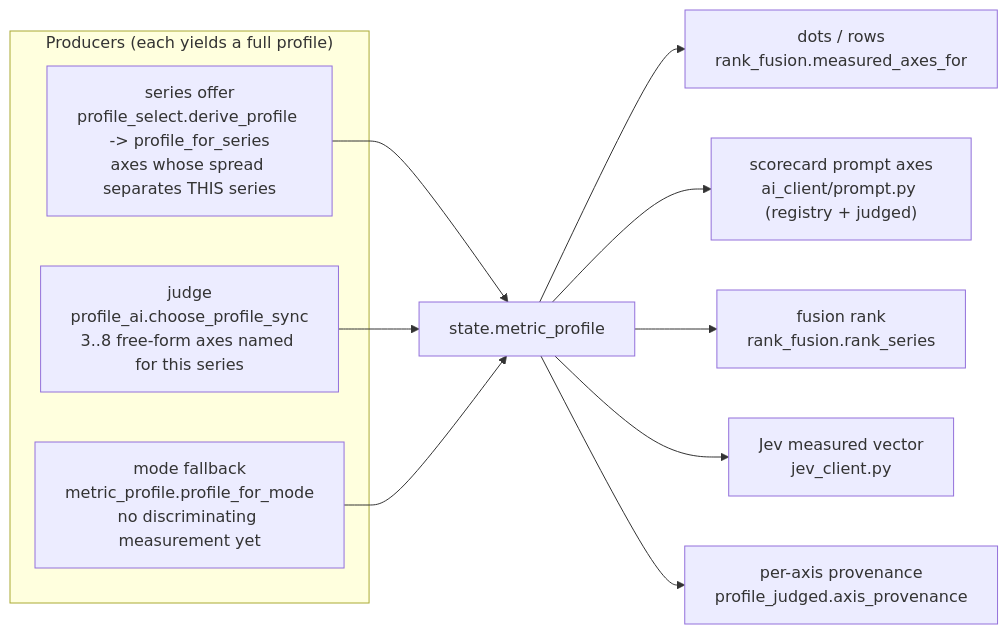
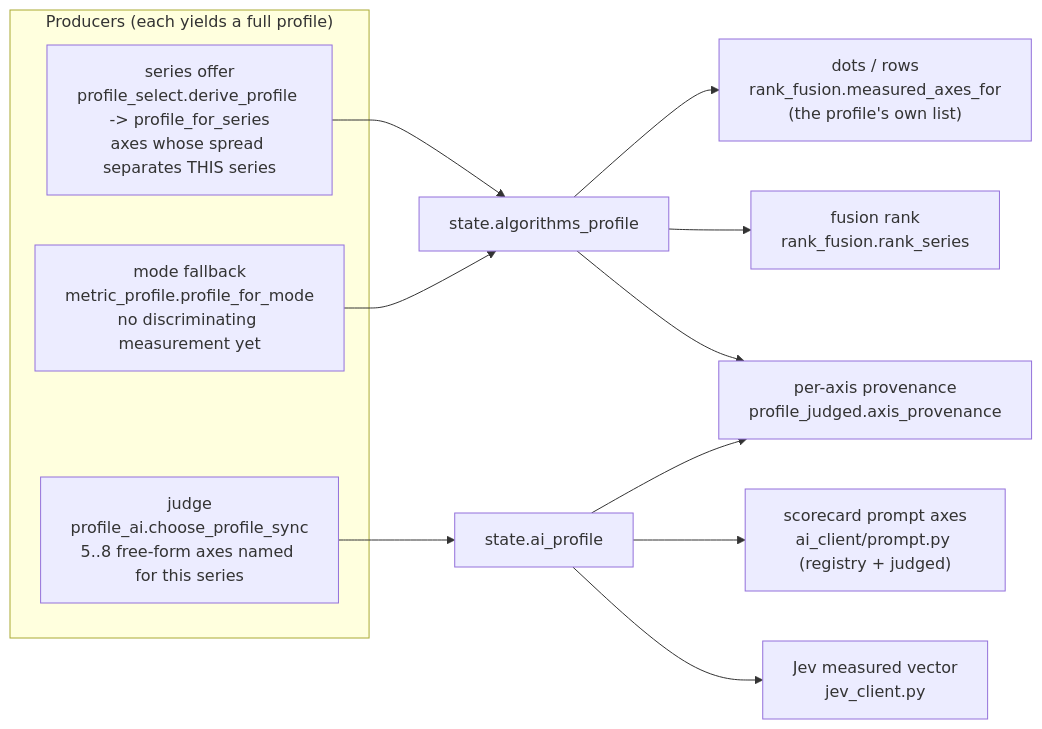
One commit to Loganavter/Improve-ImgSLI changed the third of 3 diagrams in src/tabs/image_gallery/docs/ANALYSIS_BACKENDS.md. Above: the diagram before and after it, drawn with Mermaid. The commit also changed other lines of this file and 127 other files, not shown here.

````diff
--- a/src/tabs/image_gallery/docs/ANALYSIS_BACKENDS.md
+++ b/src/tabs/image_gallery/docs/ANALYSIS_BACKENDS.md
@@ -168,16 +169,17 @@
 ```mermaid
 flowchart LR
     subgraph PROD["Producers (each yields a full profile)"]
         S["series offer<br/>profile_select.derive_profile -> profile_for_series<br/>axes whose spread separates THIS series"]
-        V["judge<br/>profile_ai.choose_profile_sync<br/>3..8 free-form axes named for this series"]
+        V["judge<br/>profile_ai.choose_profile_sync<br/>5..8 free-form axes named for this series"]
         F["mode fallback<br/>metric_profile.profile_for_mode<br/>no discriminating measurement yet"]
     end
-    S --> ST["state.metric_profile"]
-    V --> ST
-    F --> ST
-    ST --> C1["dots / rows<br/>rank_fusion.measured_axes_for"]
-    ST --> C2["scorecard prompt axes<br/>ai_client/prompt.py (registry + judged)"]
-    ST --> C3["fusion rank<br/>rank_fusion.rank_series"]
-    ST --> C4["Jev measured vector<br/>jev_client.py"]
-    ST --> C5["per-axis provenance<br/>profile_judged.axis_provenance"]
+    S --> A["state.algorithms_profile"]
+    F --> A
+    V --> B["state.ai_profile"]
+    A --> C1["dots / rows<br/>rank_fusion.measured_axes_for<br/>(the profile's own list)"]
+    A --> C3["fusion rank<br/>rank_fusion.rank_series"]
+    B --> C2["scorecard prompt axes<br/>ai_client/prompt.py (registry + judged)"]
+    B --> C4["Jev measured vector<br/>jev_client.py"]
+    A --> C5["per-axis provenance<br/>profile_judged.axis_provenance"]
+    B --> C5
 ```
````
